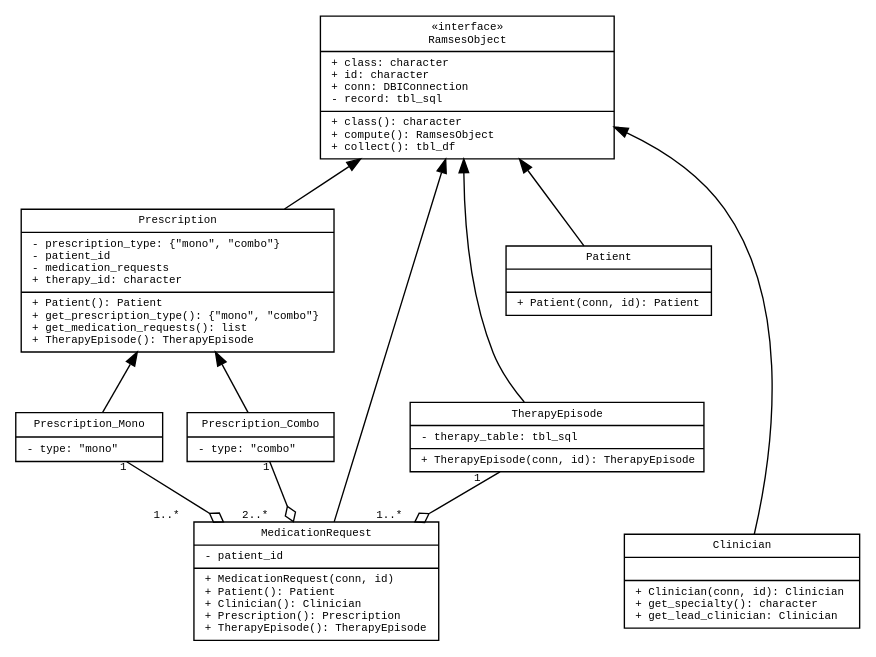
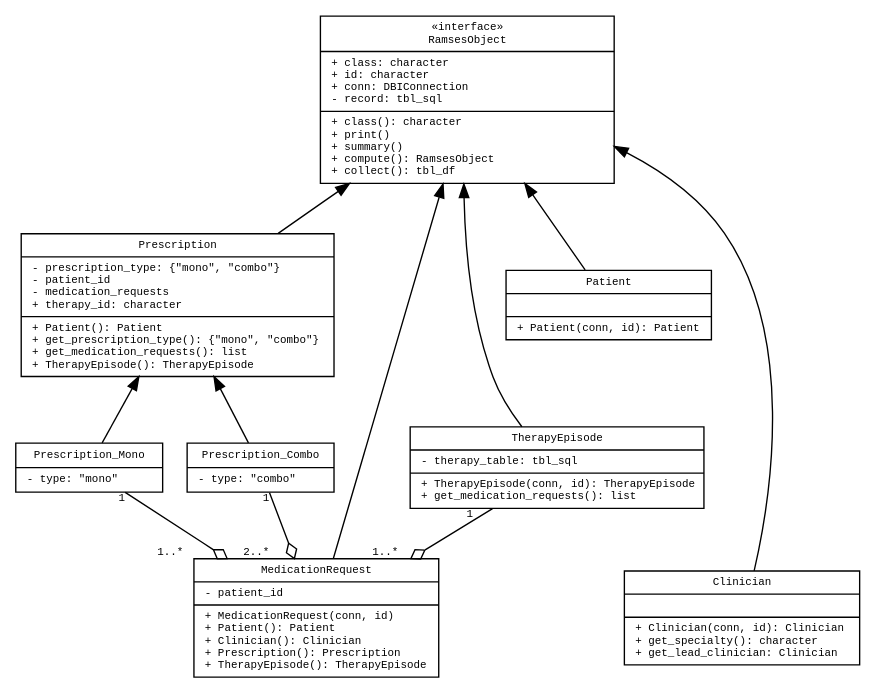
Before and after one commit to ramses-antibiotics/ramses-package: the diagram in vignettes/ramses-objects/ramses-med-class-diagram.gv, drawn with Graphviz. The commit also changed 21 other files, not shown here.

Commit message:
implement first S4 classes - implement, document and test S4  MedicationRequest, TherapyEpisode, get_therapy_table() - refactor .sqlite_date_collect to collect_ramses_tbl() - fix missing namespace markers - add .throw_error_DBI_subclass_not_implemented()

```diff
--- a/vignettes/ramses-objects/ramses-med-class-diagram.gv
+++ b/vignettes/ramses-objects/ramses-med-class-diagram.gv
@@ -1,143 +1,146 @@
 digraph G {
   fontsize = 8
 
   node [
           fontname = "monospace"
           fontsize = 8
           shape = "record"
           width = 1.5
   ]
 
   edge [
           fontname = "monospace"
           fontsize = 8
   ]
 
 # arrowheads
 # Association open
 # Inheritance empty
 # Realisation/implementation empty + style=dashed
 # Dependency open + style=dashed
 # Aggregation odiamond
 # Composition diamond
 
 
 # Interface
 RamsesObject [
   width = 3
   label = "{«interface»\n
   RamsesObject|
   + class: character\l
   + id: character\l
   + conn: DBIConnection\l
   - record: tbl_sql\l|
   
   + class(): character\l
+  + print()\l
+  + summary()\l
   + compute(): RamsesObject\l
   + collect(): tbl_df\l}"
 ]
 
 Prescription [
   width = 3.2
   label = "{Prescription|
   - prescription_type: \{\"mono\", \"combo\"\}\l
   - patient_id\l
   - medication_requests\l
   + therapy_id: character\l|
   
   + Patient(): Patient\l
   + get_prescription_type(): \{\"mono\", \"combo\"\}\l
   + get_medication_requests(): list\l
   + TherapyEpisode(): TherapyEpisode\l}"
 ]
 
 Prescription_Mono [
   label = "{Prescription_Mono|
   - type: \"mono\"\l
   }"
 ]
 
 Prescription_Combo [
   label = "{Prescription_Combo|
   - type: \"combo\"\l
   }"
 ]
 
 MedicationRequest [
   width = 2.5
   label = "{MedicationRequest|
   - patient_id\l|
   
   + MedicationRequest(conn, id)\l
   + Patient(): Patient\l
   + Clinician(): Clinician\l
   + Prescription(): Prescription\l
   + TherapyEpisode(): TherapyEpisode\l}"
 ]
 
 TherapyEpisode [
   width = 3
   label = "{TherapyEpisode|
   - therapy_table: tbl_sql\l|
   
-  + TherapyEpisode(conn, id): TherapyEpisode\l}"
+  + TherapyEpisode(conn, id): TherapyEpisode\l
+  + get_medication_requests(): list\l}"
 ]
 
 Patient [
   width = 2.1
   label = "{Patient|
   \l|
   + Patient(conn, id): Patient\l}"
 ]
 
 Clinician [
   width = 2.4
   label = "{Clinician|
   \l|
   + Clinician(conn, id): Clinician\l
   + get_specialty(): character\l
   + get_lead_clinician: Clinician\l}"
 ]
 
 /*
 TherapyList [
 label = "{TherapyList|\l+ id: list\l+ type: \"therapy-list\"\l- TherapyTable: tbl\l+ lazy_status: boolean\l|+ fetch(): data.frame\l + therapy_table(): list\l}"
 ]
 */
 
 
 RamsesObject -> Prescription [dir=back]
 Prescription -> Prescription_Mono [dir=back]
 Prescription -> Prescription_Combo [dir=back]
 RamsesObject -> MedicationRequest [dir=back]
 
 RamsesObject -> Patient [dir=back]
 RamsesObject -> Clinician [dir=back]
 RamsesObject -> TherapyEpisode [dir=back]
 
 TherapyEpisode -> MedicationRequest [ constraint=false
   arrowhead=odiamond
   headlabel = "1..*  "
   taillabel = "1   "]
 Prescription_Mono -> MedicationRequest [ constraint=false
   arrowhead=odiamond
   headlabel = "1..*       "
   taillabel = "1"]
 Prescription_Combo -> MedicationRequest [
   arrowhead=odiamond
   headlabel = "2..*    "
   taillabel = "1"]
 
 
 Patient -> Clinician [ style = invis ]; 
 TherapyEpisode -> Clinician  [ style = invis ]; 
 Patient -> TherapyEpisode  [ style = invis ]; 
 
 
 /*
 TherapyEpisode -> TherapyList [constraint=false
   arrowtail=odiamond
   headlabel = "2..*  "
   taillabel = "0..*  "]
 */  
 }
```
